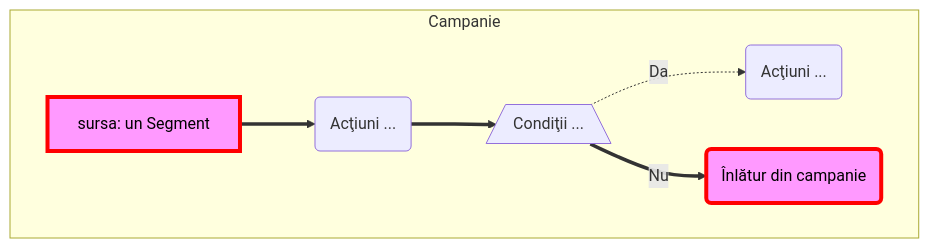
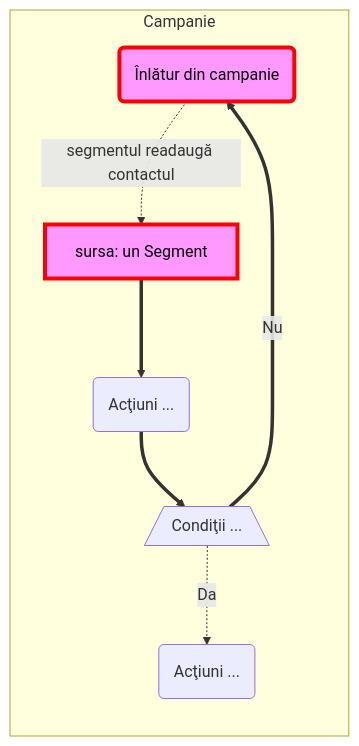
The first of 3 diagrams in _posts/2024-03-11-campanii-capcana-inlatura-din-campanie.md (IonutOjicaDE/IonutOjicaDE.github.io), drawn with Mermaid before and after one commit. The commit also changed other lines of this file and 26 other files, not shown here.

Commit message:
adaugat autor, corectat mermaid

````diff
--- a/_posts/2024-03-11-campanii-capcana-inlatura-din-campanie.md
+++ b/_posts/2024-03-11-campanii-capcana-inlatura-din-campanie.md
@@ -12,11 +13,13 @@
 ```mermaid
-flowchart TD
-    subgraph Campanie
-        A[sursa: un Segment] ==> B(Acţiuni ...)
-        B ==> C[/Condiţii ...\]
-        C -.->|Da| D(Acţiuni ...)
-        C ==>|Nu| E(Înlătur din campanie)
-    end
-    style A fill:#f9f,color:black,stroke:red,stroke-width:4px
-    style E fill:#f9f,color:black,stroke:red,stroke-width:4px
+flowchart
+  subgraph Campanie
+    direction TB
+    E -.->|segmentul readaugă contactul| A
+    A[sursa: un Segment] ==> B(Acţiuni ...)
+    B ==> C[/Condiţii ...\]
+    C -.->|Da| D(Acţiuni ...)
+    C ==>|Nu| E(Înlătur din campanie)
+  end
+  classDef magenta fill:#f9f,color:black,stroke:red,stroke-width:4px
+  class A,E magenta
 ```
````
